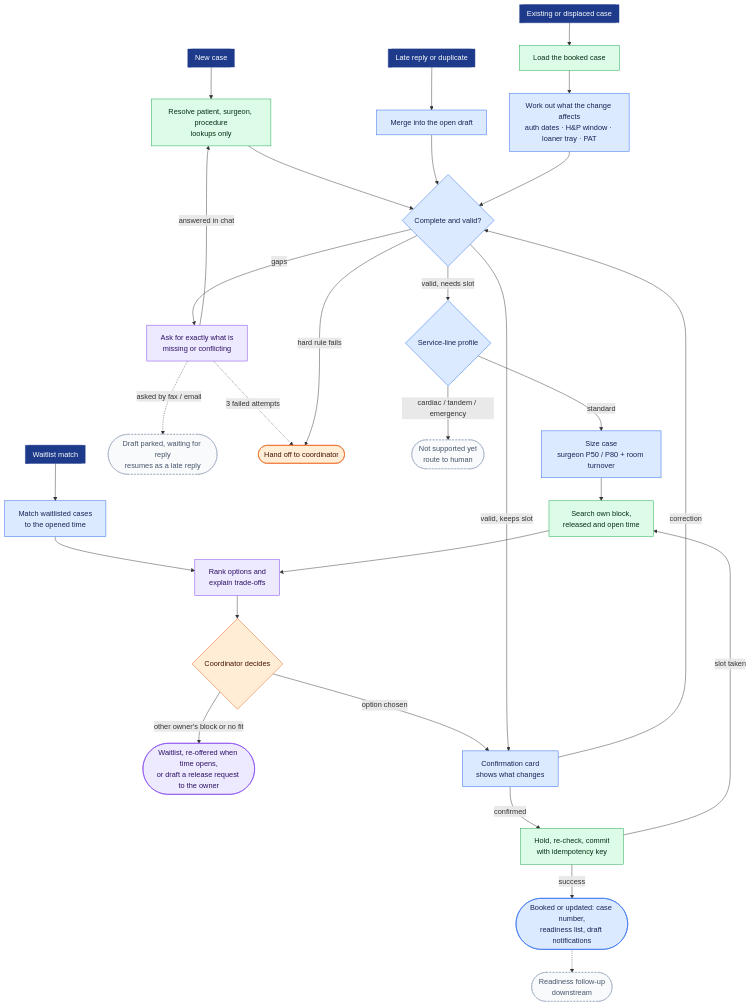
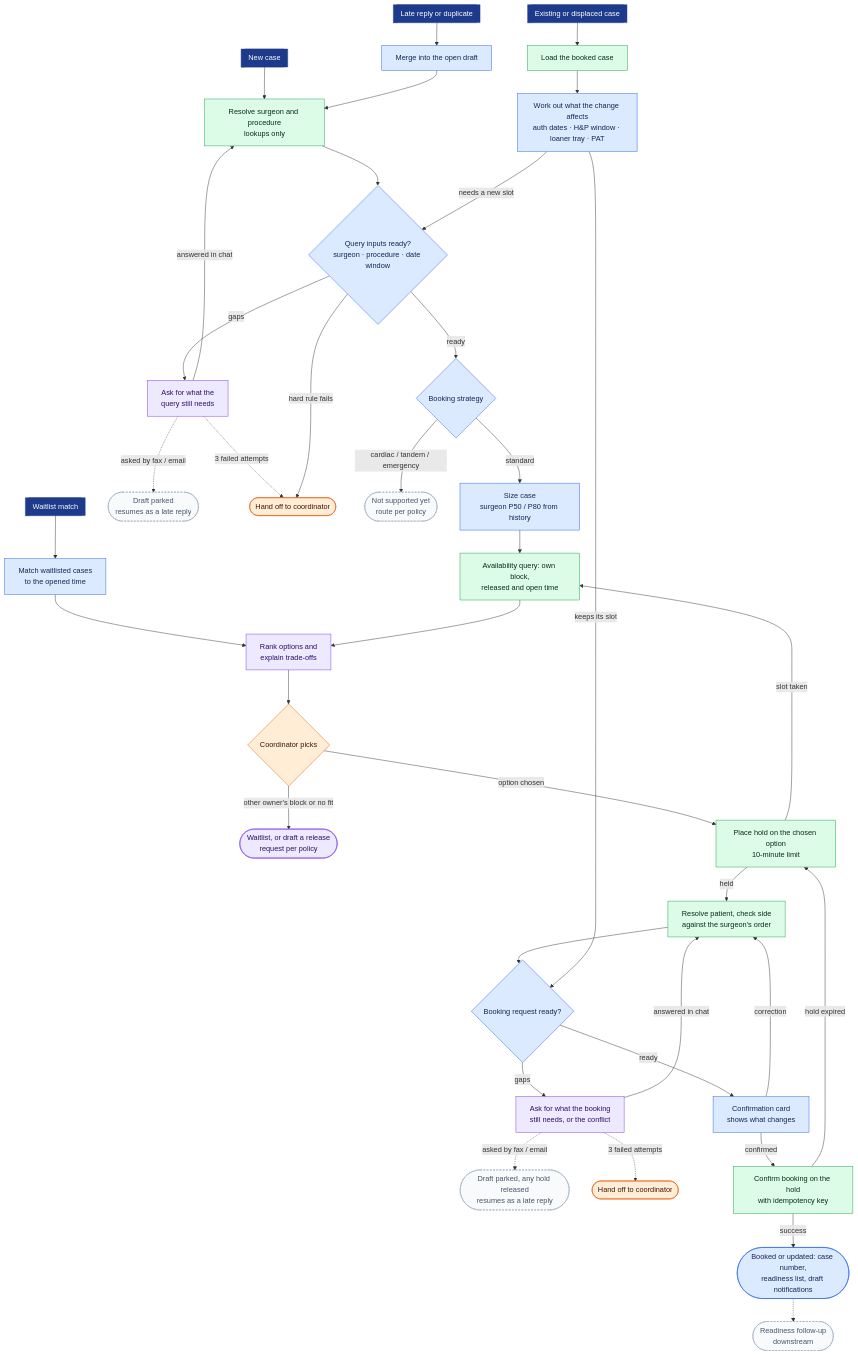
Before and after one commit to ajmartin94/qventus_takehome: the second of 5 diagrams in docs/diagrams/booking_flow.md, drawn with Mermaid. The commit also changed other lines of this file and 1 other file, not shown here.

Commit message:
Split booking flow around a hold; detail domain and orchestrator plan
Booking flow diagrams now separate finding time (resolve surgeon and
procedure, size, availability query) from booking it (hold the chosen
option for 10 minutes, resolve patient, confirm on the hold). The state
machine gains Holding and Completing states, and routing and unsupported
strategies defer to hospital policy.

The implementation plan adds sections on domain components and policy
rules, orchestrator states, prompts and schemas, and build order with a
time budget.

````diff
--- a/docs/diagrams/booking_flow.md
+++ b/docs/diagrams/booking_flow.md
@@ -74,58 +74,72 @@
 ```mermaid
 flowchart TD
     IN_NEW[["New case"]]:::core
     IN_REPLY[["Late reply or duplicate"]]:::core
     IN_EXIST[["Existing or displaced case"]]:::core
     IN_WL[["Waitlist match"]]:::core
 
-    RESOLVE["Resolve patient, surgeon, procedure<br/>lookups only"]:::svc
+    RESOLVE["Resolve surgeon and procedure<br/>lookups only"]:::svc
     MERGE["Merge into the open draft"]:::logic
     LOAD["Load the booked case"]:::svc
     IMPACT["Work out what the change affects<br/>auth dates · H&P window · loaner tray · PAT"]:::logic
     MATCHWL["Match waitlisted cases<br/>to the opened time"]:::logic
 
-    VALIDATE{"Complete and valid?"}:::logic
-    CLARIFY["Ask for exactly what is<br/>missing or conflicting"]:::llm
-    PARKED(["Draft parked, waiting for reply<br/>resumes as a late reply"]):::out
+    QREADY{"Query inputs ready?<br/>surgeon · procedure · date window"}:::logic
+    CLARIFY_Q["Ask for what the<br/>query still needs"]:::llm
+    CLARIFY_B["Ask for what the booking<br/>still needs, or the conflict"]:::llm
+    PARKED(["Draft parked, any hold released<br/>resumes as a late reply"]):::out
     HANDOFF(["Hand off to coordinator"]):::human
-    PROFILE{"Service-line profile"}:::logic
-    STUB(["Not supported yet<br/>route to human"]):::out
-    SIZE["Size case<br/>surgeon P50 / P80 + room turnover"]:::logic
-    SEARCH["Search own block,<br/>released and open time"]:::svc
+    PARKED_Q(["Draft parked<br/>resumes as a late reply"]):::out
+    HANDOFF_Q(["Hand off to coordinator"]):::human
+    STRATEGY{"Booking strategy"}:::logic
+    STUB(["Not supported yet<br/>route per policy"]):::out
+    SIZE["Size case<br/>surgeon P50 / P80 from history"]:::logic
+    SEARCH["Availability query: own block,<br/>released and open time"]:::svc
     OPTIONS["Rank options and<br/>explain trade-offs"]:::llm
-    PICK{"Coordinator decides"}:::human
-    WAITLIST(["Waitlist, re-offered when time opens,<br/>or draft a release request to the owner"]):::llm
+    PICK{"Coordinator picks"}:::human
+    WAITLIST(["Waitlist, or draft a release<br/>request per policy"]):::llm
+    HOLD["Place hold on the chosen option<br/>10-minute limit"]:::svc
+    RESOLVE_B["Resolve patient, check side<br/>against the surgeon's order"]:::svc
+    BREADY{"Booking request ready?"}:::logic
     CONFIRM["Confirmation card<br/>shows what changes"]:::logic
-    COMMIT["Hold, re-check, commit<br/>with idempotency key"]:::svc
+    COMMIT["Confirm booking on the hold<br/>with idempotency key"]:::svc
     DONE(["Booked or updated: case number,<br/>readiness list, draft notifications"]):::logic
     FOLLOW(["Readiness follow-up<br/>downstream"]):::out
 
     %% Forward path first, so the layout reads top to bottom; loop-backs last
-    IN_NEW --> RESOLVE --> VALIDATE
-    IN_REPLY --> MERGE --> VALIDATE
-    IN_EXIST --> LOAD --> IMPACT --> VALIDATE
+    IN_NEW --> RESOLVE --> QREADY
+    IN_REPLY --> MERGE --> RESOLVE
+    IN_EXIST --> LOAD --> IMPACT
+    IMPACT -- "needs a new slot" --> QREADY
     IN_WL --> MATCHWL --> OPTIONS
-    VALIDATE -- "valid, needs slot" --> PROFILE
-    PROFILE -- "standard" --> SIZE --> SEARCH --> OPTIONS --> PICK
-    PICK -- "option chosen" --> CONFIRM
+    QREADY -- "ready" --> STRATEGY
+    STRATEGY -- "standard" --> SIZE --> SEARCH --> OPTIONS --> PICK
+    PICK -- "option chosen" --> HOLD
+    HOLD -- "held" --> RESOLVE_B --> BREADY
+    BREADY -- "ready" --> CONFIRM
     CONFIRM -- "confirmed" --> COMMIT
     COMMIT -- "success" --> DONE
     DONE -.-> FOLLOW
+    IMPACT -- "keeps its slot" --> BREADY
     PICK -- "other owner's block or no fit" --> WAITLIST
-    PROFILE -- "cardiac / tandem / emergency" --> STUB
-    VALIDATE -- "valid, keeps slot" --> CONFIRM
-    VALIDATE -- "gaps" --> CLARIFY
-    CLARIFY -- "answered in chat" --> RESOLVE
-    CLARIFY -. "asked by fax / email" .-> PARKED
-    CLARIFY -. "3 failed attempts" .-> HANDOFF
-    VALIDATE -- "hard rule fails" --> HANDOFF
-    CONFIRM -- "correction" --> VALIDATE
-    COMMIT -- "slot taken" --> SEARCH
+    STRATEGY -- "cardiac / tandem / emergency" --> STUB
+    QREADY -- "gaps" --> CLARIFY_Q
+    BREADY -- "gaps" --> CLARIFY_B
+    CLARIFY_Q -- "answered in chat" --> RESOLVE
+    CLARIFY_B -- "answered in chat" --> RESOLVE_B
+    CLARIFY_Q -. "asked by fax / email" .-> PARKED_Q
+    CLARIFY_B -. "asked by fax / email" .-> PARKED
+    CLARIFY_Q -. "3 failed attempts" .-> HANDOFF_Q
+    CLARIFY_B -. "3 failed attempts" .-> HANDOFF
+    QREADY -- "hard rule fails" --> HANDOFF_Q
+    CONFIRM -- "correction" --> RESOLVE_B
+    HOLD -- "slot taken" --> SEARCH
+    COMMIT -- "hold expired" --> HOLD
 
     classDef llm fill:#ede9fe,stroke:#7c3aed,color:#2e1065
     classDef logic fill:#dbeafe,stroke:#2563eb,color:#172554
     classDef svc fill:#dcfce7,stroke:#16a34a,color:#052e16
     classDef human fill:#ffedd5,stroke:#ea580c,color:#431407
     classDef out fill:#f8fafc,stroke:#94a3b8,color:#475569,stroke-dasharray: 4 3
     classDef core fill:#1e3a8a,stroke:#1e3a8a,color:#ffffff
 ```
````
